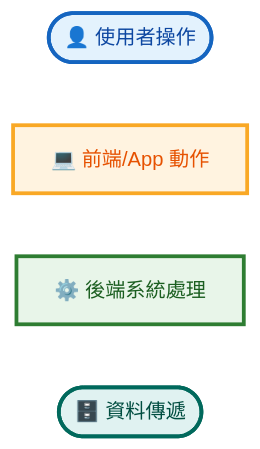
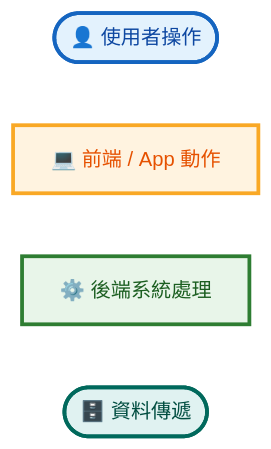
The first of 5 diagrams in usage-scenarios-slides.md (C112118148/MIScrypto), drawn with Mermaid before and after one commit. The commit also changed other lines of this file, not shown here.

````diff
--- a/usage-scenarios-slides.md
+++ b/usage-scenarios-slides.md
@@ -9,12 +9,12 @@
 ```mermaid
 flowchart LR
     classDef user fill:#E3F2FD,stroke:#1565C0,color:#0D47A1,stroke-width:3px,rx:12px,ry:12px
     classDef action fill:#FFF3E0,stroke:#F9A825,color:#E65100,stroke-width:3px
     classDef system fill:#E8F5E9,stroke:#2E7D32,color:#1B5E20,stroke-width:3px
     classDef data fill:#E0F2F1,stroke:#00695C,color:#004D40,stroke-width:3px
 
     A(["👤 使用者操作"]):::user
-    B["💻 前端/App 動作"]:::action
+    B["💻 前端 / App 動作"]:::action
     C["⚙️ 後端系統處理"]:::system
     D(["🗄️ 資料傳遞"]):::data
 ```
````
